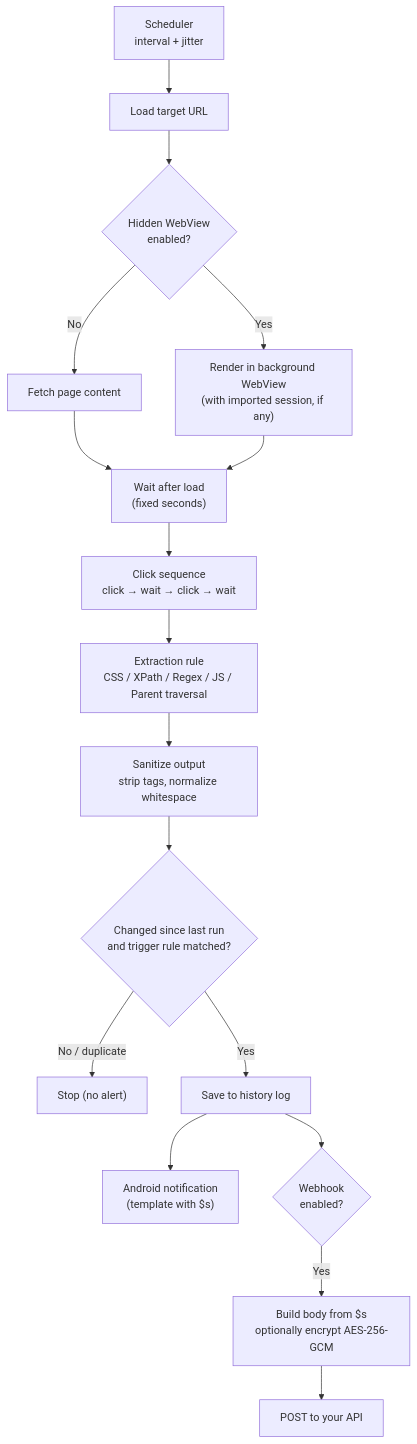
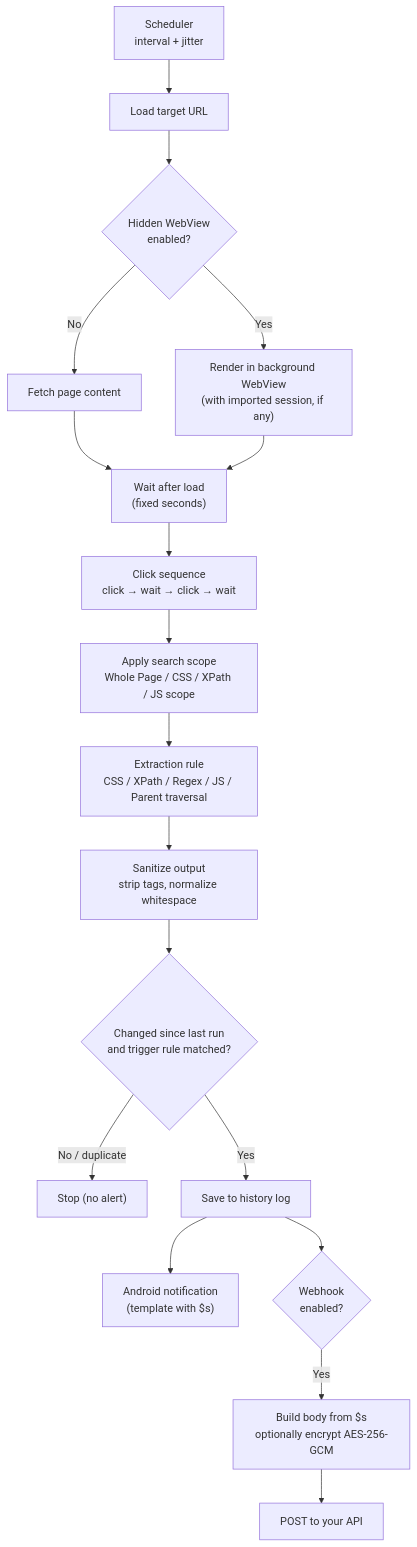
The diagram in README.md (rotten-repo/Hybrid-Web-Extraction-Architecture), drawn with Mermaid before and after one commit. The commit also changed other lines of this file, not shown here.

````diff
--- a/README.md
+++ b/README.md
@@ -103,19 +103,20 @@
 ```mermaid
 flowchart TD
     A["Scheduler<br/>interval + jitter"] --> B["Load target URL"]
     B --> C{"Hidden WebView<br/>enabled?"}
     C -- "No" --> D["Fetch page content"]
     C -- "Yes" --> E["Render in background WebView<br/>(with imported session, if any)"]
     D --> F["Wait after load<br/>(fixed seconds)"]
     E --> F
     F --> G["Click sequence<br/>click → wait → click → wait"]
-    G --> H["Extraction rule<br/>CSS / XPath / Regex / JS / Parent traversal"]
+    G --> S["Apply search scope<br/>Whole Page / CSS / XPath / JS scope"]
+    S --> H["Extraction rule<br/>CSS / XPath / Regex / JS / Parent traversal"]
     H --> I["Sanitize output<br/>strip tags, normalize whitespace"]
     I --> J{"Changed since last run<br/>and trigger rule matched?"}
     J -- "No / duplicate" --> K["Stop (no alert)"]
     J -- "Yes" --> L["Save to history log"]
     L --> M["Android notification<br/>(template with $s)"]
     L --> N{"Webhook<br/>enabled?"}
     N -- "Yes" --> O["Build body from $s<br/>optionally encrypt AES-256-GCM"]
     O --> P["POST to your API"]
 ```
````
